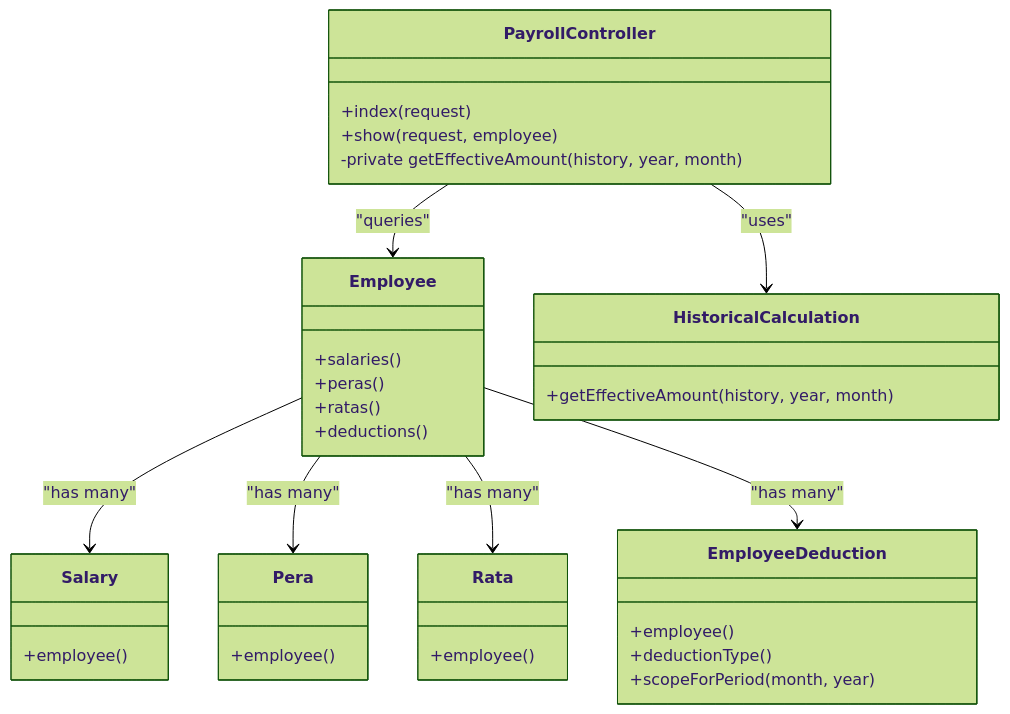
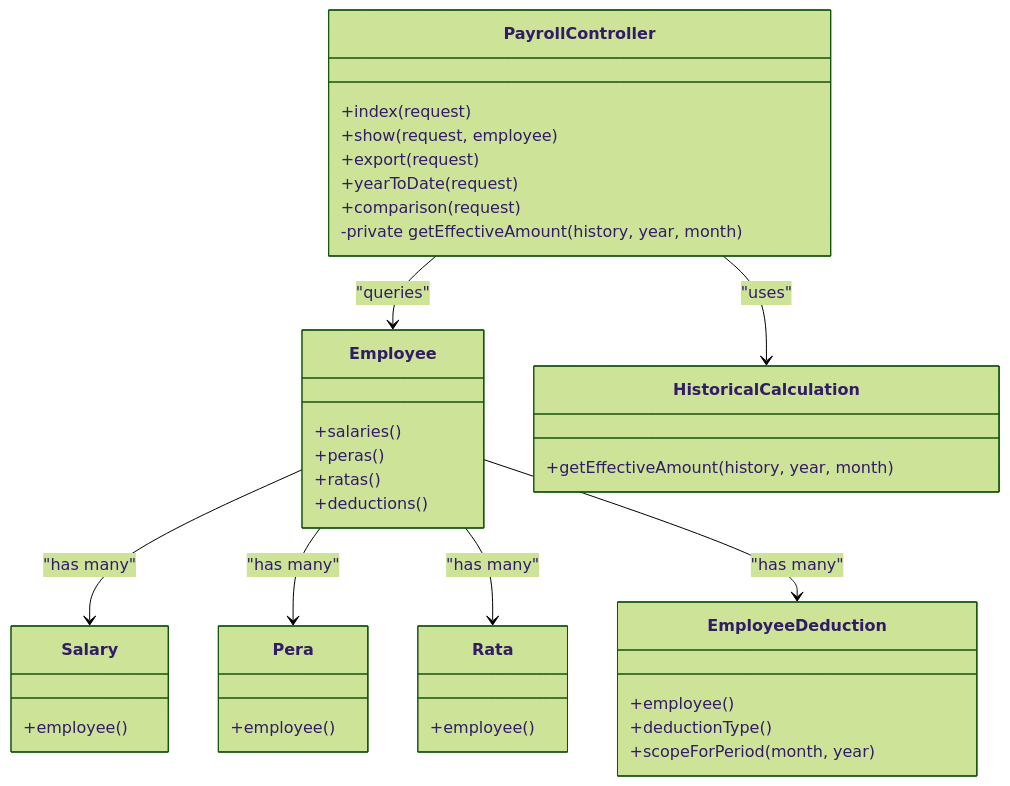
One commit to vincet0t15/template changed the fifth of 21 diagrams in .qoder/repowiki/en/content/Payroll System/Payroll Reports & Analytics.md. Above: the diagram before and after it, drawn with Mermaid (forest theme). The commit also changed other lines of this file and 6 other files, not shown here.

````diff
--- a/.qoder/repowiki/en/content/Payroll System/Payroll Reports & Analytics.md
+++ b/.qoder/repowiki/en/content/Payroll System/Payroll Reports & Analytics.md
@@ -226,37 +285,40 @@
 ```mermaid
 classDiagram
 class PayrollController {
 +index(request)
 +show(request, employee)
++export(request)
++yearToDate(request)
++comparison(request)
 -private getEffectiveAmount(history, year, month)
 }
 class Employee {
 +salaries()
 +peras()
 +ratas()
 +deductions()
 }
 class Salary {
 +employee()
 }
 class Pera {
 +employee()
 }
 class Rata {
 +employee()
 }
 class EmployeeDeduction {
 +employee()
 +deductionType()
 +scopeForPeriod(month, year)
 }
 class HistoricalCalculation {
 +getEffectiveAmount(history, year, month)
 }
 PayrollController --> Employee : "queries"
 PayrollController --> HistoricalCalculation : "uses"
 Employee --> Salary : "has many"
 Employee --> Pera : "has many"
 Employee --> Rata : "has many"
 Employee --> EmployeeDeduction : "has many"
 ```
````
